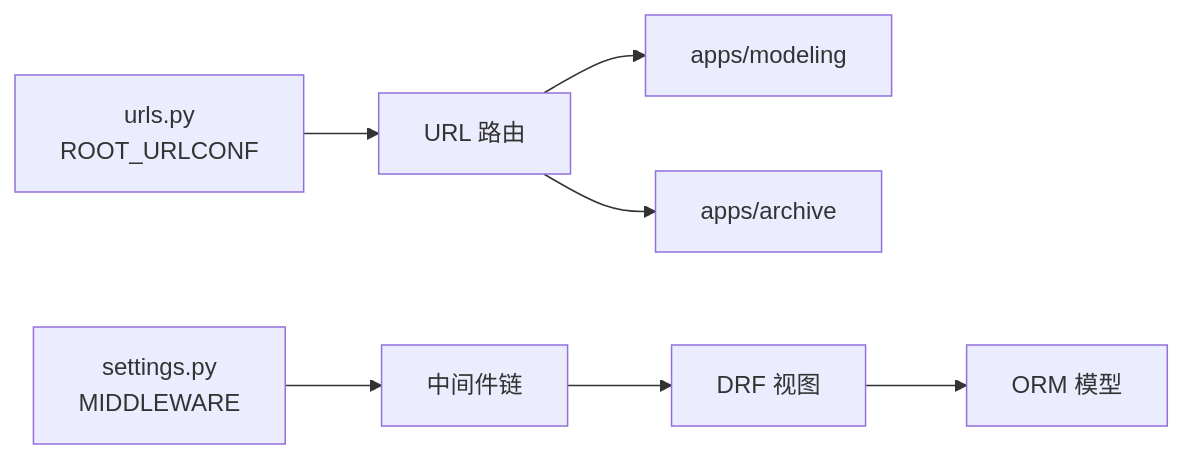
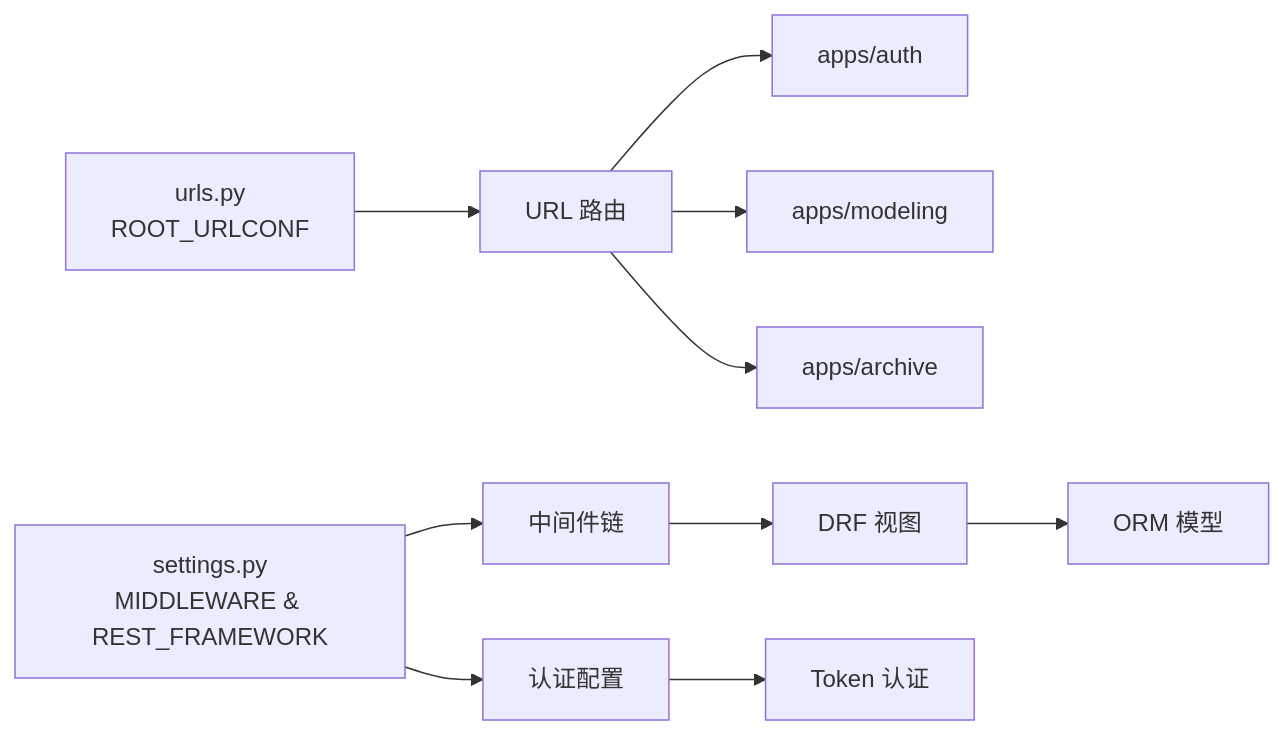
Before and after one commit to zyp-coder/Metadata: the seventh of 7 diagrams in .qoder/repowiki/zh/content/架构设计/后端架构/中间件与安全.md, drawn with Mermaid. The commit also changed other lines of this file and 54 other files, not shown here.

````diff
--- a/.qoder/repowiki/zh/content/架构设计/后端架构/中间件与安全.md
+++ b/.qoder/repowiki/zh/content/架构设计/后端架构/中间件与安全.md
@@ -289,9 +341,12 @@
 ```mermaid
 graph LR
-Settings["settings.py<br/>MIDDLEWARE"] --> Middleware["中间件链"]
+Settings["settings.py<br/>MIDDLEWARE & REST_FRAMEWORK"] --> Middleware["中间件链"]
+Settings --> AuthConfig["认证配置"]
 URLs["urls.py<br/>ROOT_URLCONF"] --> Routes["URL 路由"]
+Routes --> AuthApp["apps/auth"]
 Routes --> Modeling["apps/modeling"]
 Routes --> Archive["apps/archive"]
 Middleware --> Views["DRF 视图"]
 Views --> Models["ORM 模型"]
+AuthConfig --> TokenAuth["Token 认证"]
 ```
````
